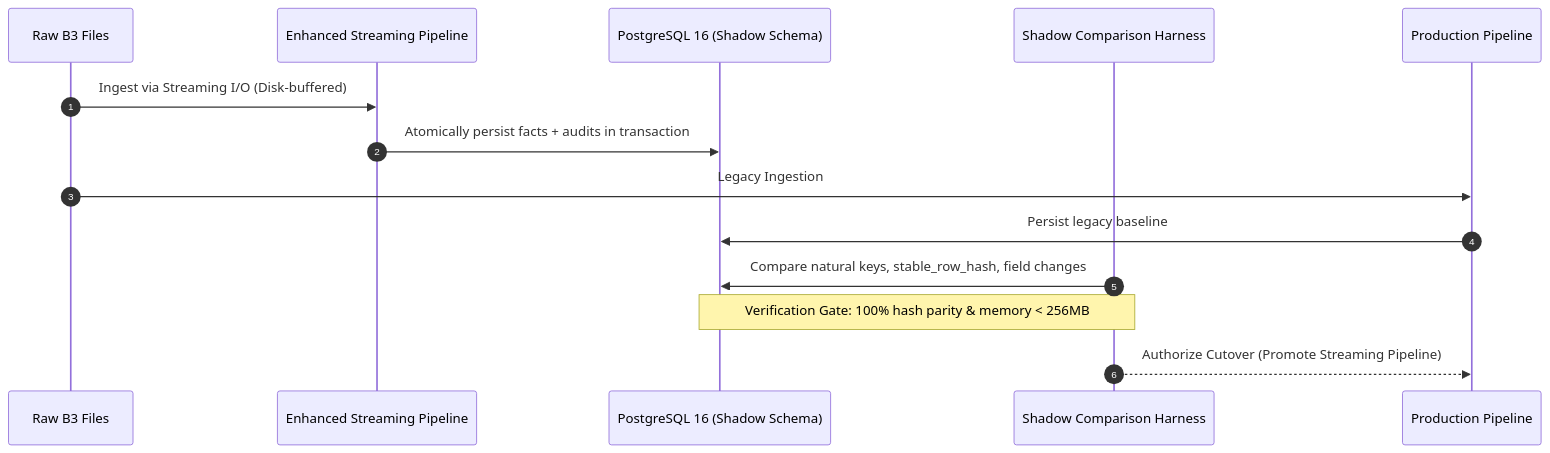
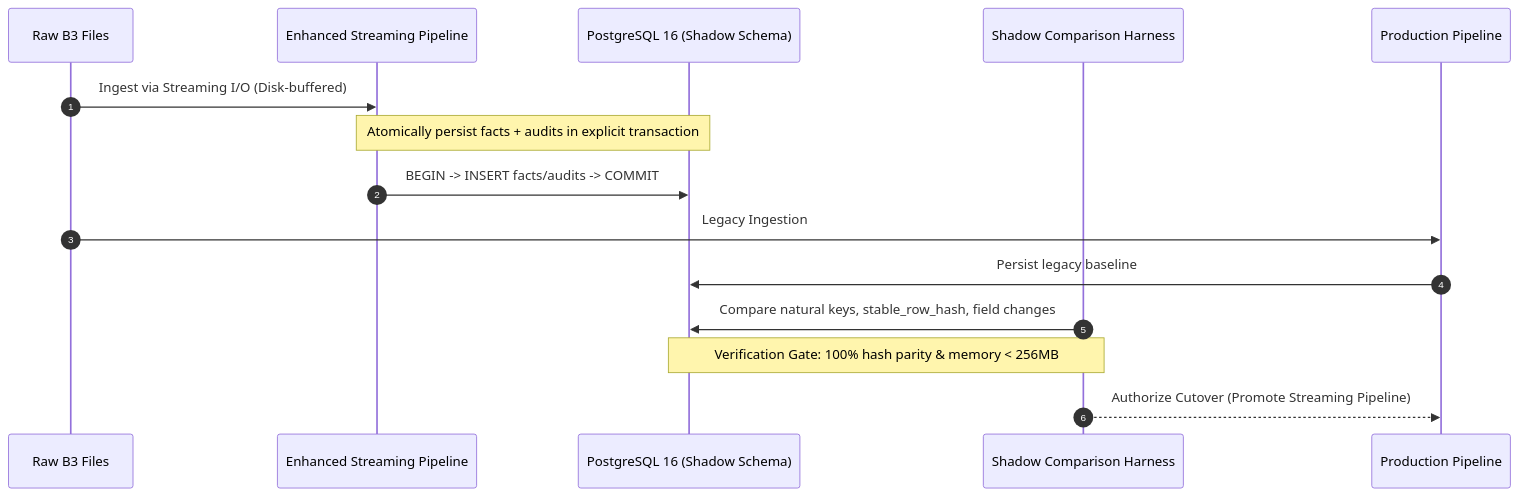
Before and after one commit to JoseLArantes/tucano-b3: the diagram in .scratch/prd-alignment/migration.md, drawn with Mermaid. The commit also changed other lines of this file and 2 other files, not shown here.

Commit message:
docs(review): align contracts inventory routes and envelope, additive calendar migration, and atomic transaction boundaries

````diff
--- a/.scratch/prd-alignment/migration.md
+++ b/.scratch/prd-alignment/migration.md
@@ -97,17 +130,18 @@
 ```mermaid
 sequenceDiagram
     autonumber
     participant Raw as Raw B3 Files
     participant Shadow as Enhanced Streaming Pipeline
     participant DB as PostgreSQL 16 (Shadow Schema)
     participant Verifier as Shadow Comparison Harness
     participant Prod as Production Pipeline
 
     Raw->>Shadow: Ingest via Streaming I/O (Disk-buffered)
-    Shadow->>DB: Atomically persist facts + audits in transaction
+    Note over Shadow,DB: Atomically persist facts + audits in explicit transaction
+    Shadow->>DB: BEGIN -> INSERT facts/audits -> COMMIT
     Raw->>Prod: Legacy Ingestion
     Prod->>DB: Persist legacy baseline
     Verifier->>DB: Compare natural keys, stable_row_hash, field changes
     Note over Verifier,DB: Verification Gate: 100% hash parity & memory < 256MB
     Verifier-->>Prod: Authorize Cutover (Promote Streaming Pipeline)
 ```
````
